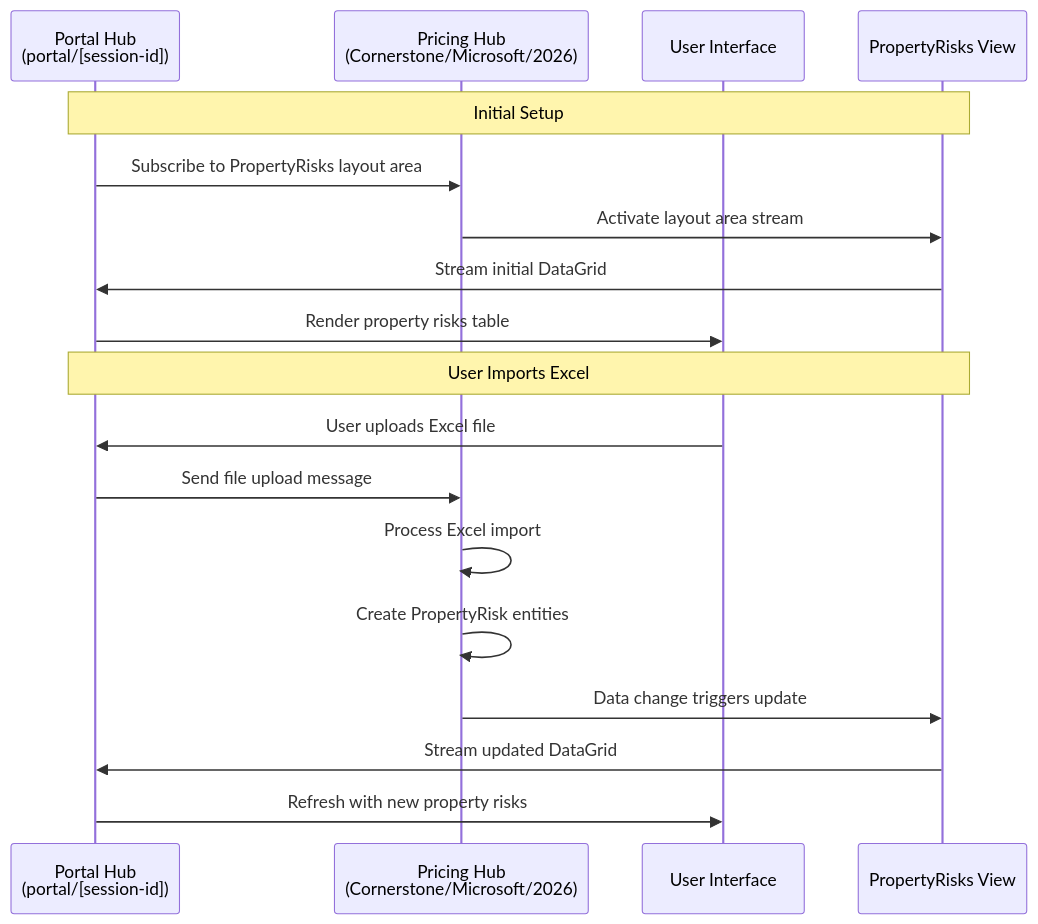
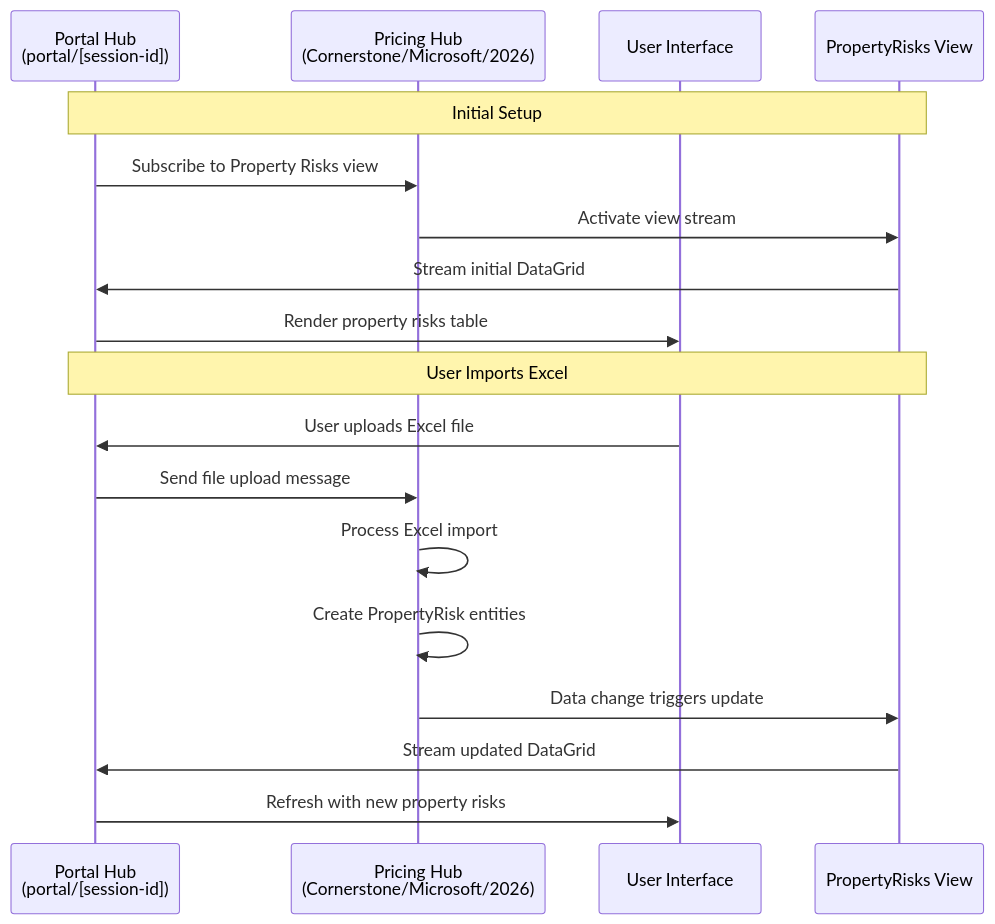
The diagram in samples/Graph/Data/MeshWeaver/Documentation/Cornerstone/Architecture.md (Systemorph/MeshWeaver), drawn with Mermaid before and after one commit. The commit also changed other lines of this file and 182 other files, not shown here.

````diff
--- a/samples/Graph/Data/MeshWeaver/Documentation/Cornerstone/Architecture.md
+++ b/samples/Graph/Data/MeshWeaver/Documentation/Cornerstone/Architecture.md
@@ -208,22 +215,22 @@
 ```mermaid
 sequenceDiagram
     participant Portal as Portal Hub<br/>(portal/[session-id])
     participant PricingHub as Pricing Hub<br/>(Cornerstone/Microsoft/2026)
     participant UI as User Interface
     participant LayoutArea as PropertyRisks View
 
     Note over Portal,LayoutArea: Initial Setup
-    Portal->>PricingHub: Subscribe to PropertyRisks layout area
-    PricingHub->>LayoutArea: Activate layout area stream
+    Portal->>PricingHub: Subscribe to Property Risks view
+    PricingHub->>LayoutArea: Activate view stream
     LayoutArea->>Portal: Stream initial DataGrid
     Portal->>UI: Render property risks table
 
     Note over Portal,LayoutArea: User Imports Excel
     UI->>Portal: User uploads Excel file
     Portal->>PricingHub: Send file upload message
     PricingHub->>PricingHub: Process Excel import
     PricingHub->>PricingHub: Create PropertyRisk entities
     PricingHub->>LayoutArea: Data change triggers update
     LayoutArea->>Portal: Stream updated DataGrid
     Portal->>UI: Refresh with new property risks
 ```
````
